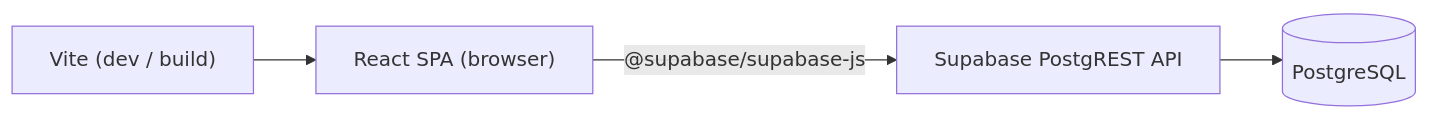
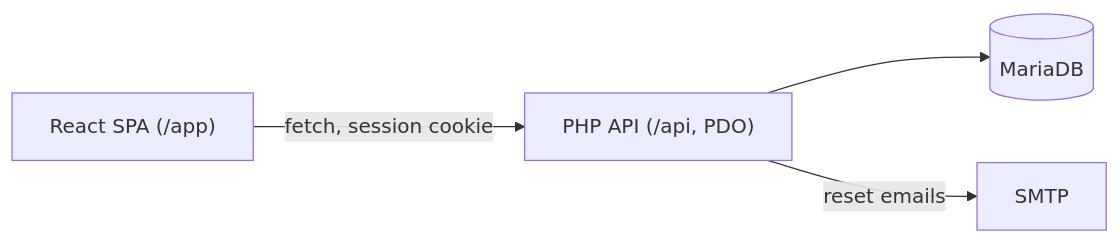
The first of 2 diagrams in docs/02-architecture.md (swanjohn99/Skyline-App), drawn with Mermaid before and after one commit. The commit also changed other lines of this file and 39 other files, not shown here.

````diff
--- a/docs/02-architecture.md
+++ b/docs/02-architecture.md
@@ -7,11 +7,11 @@
 ```mermaid
 flowchart LR
-  Browser["React SPA (browser)"]
-  Vite["Vite (dev / build)"]
-  Supa["Supabase PostgREST API"]
-  PG[("PostgreSQL")]
+  Browser["React SPA (/app)"]
+  PHP["PHP API (/api, PDO)"]
+  DB[("MariaDB")]
+  SMTP["SMTP"]
 
-  Vite --> Browser
-  Browser -->|"@supabase/supabase-js"| Supa
-  Supa --> PG
+  Browser -->|"fetch, session cookie"| PHP
+  PHP --> DB
+  PHP -->|"reset emails"| SMTP
 ```
````
